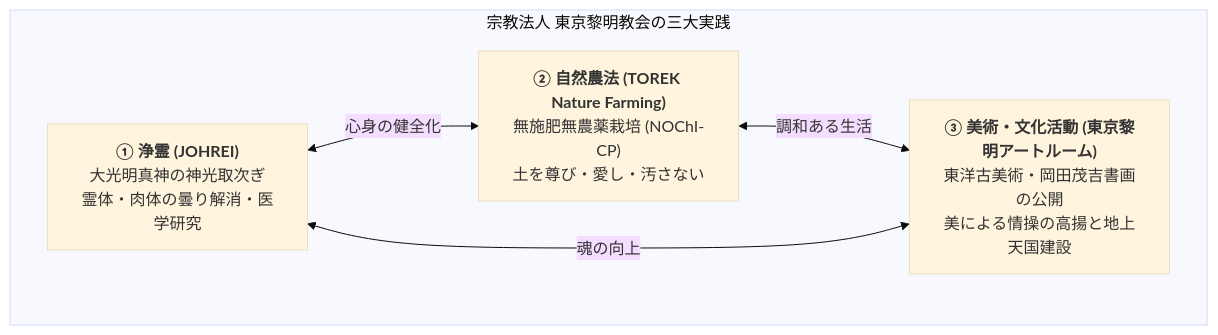
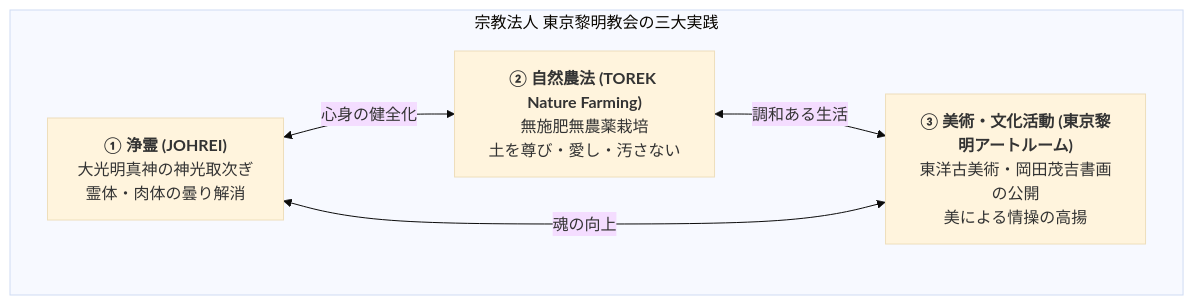
One commit to iida-masashi/religion-garden changed the diagram in content/01_宗派・異端研究/03_世界救世教・真光系/東京黎明教会.md. Above: the diagram before and after it, drawn with Mermaid (base theme). The commit also changed other lines of this file and 251 other files, not shown here.

````diff
--- a/content/01_宗派・異端研究/03_世界救世教・真光系/東京黎明教会.md
+++ b/content/01_宗派・異端研究/03_世界救世教・真光系/東京黎明教会.md
@@ -116,11 +109,11 @@
 ```mermaid
 flowchart TD
     subgraph TOREK["宗教法人 東京黎明教会の三大実践"]
-        JOHREI["<b>① 浄霊 (JOHREI)</b><br>大光明真神の神光取次ぎ<br>霊体・肉体の曇り解消・医学研究"]
-        NATURE["<b>② 自然農法 (TOREK Nature Farming)</b><br>無施肥無農薬栽培 (NOChI-CP)<br>土を尊び・愛し・汚さない"]
-        ART["<b>③ 美術・文化活動 (東京黎明アートルーム)</b><br>東洋古美術・岡田茂吉書画の公開<br>美による情操の高揚と地上天国建設"]
+        JOHREI["<b>① 浄霊 (JOHREI)</b><br>大光明真神の神光取次ぎ<br>霊体・肉体の曇り解消"]
+        NATURE["<b>② 自然農法 (TOREK Nature Farming)</b><br>無施肥無農薬栽培<br>土を尊び・愛し・汚さない"]
+        ART["<b>③ 美術・文化活動 (東京黎明アートルーム)</b><br>東洋古美術・岡田茂吉書画の公開<br>美による情操の高揚"]
     end
     JOHREI <-->|"心身の健全化"| NATURE
     NATURE <-->|"調和ある生活"| ART
     ART <-->|"魂の向上"| JOHREI
 ```
````
